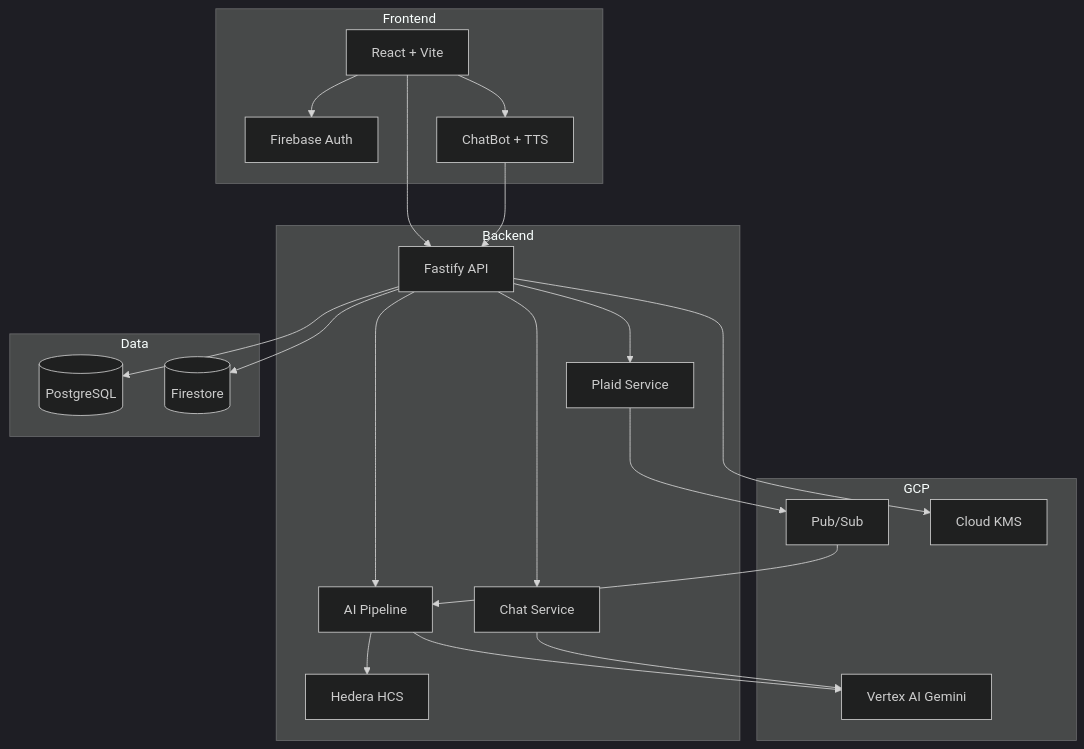
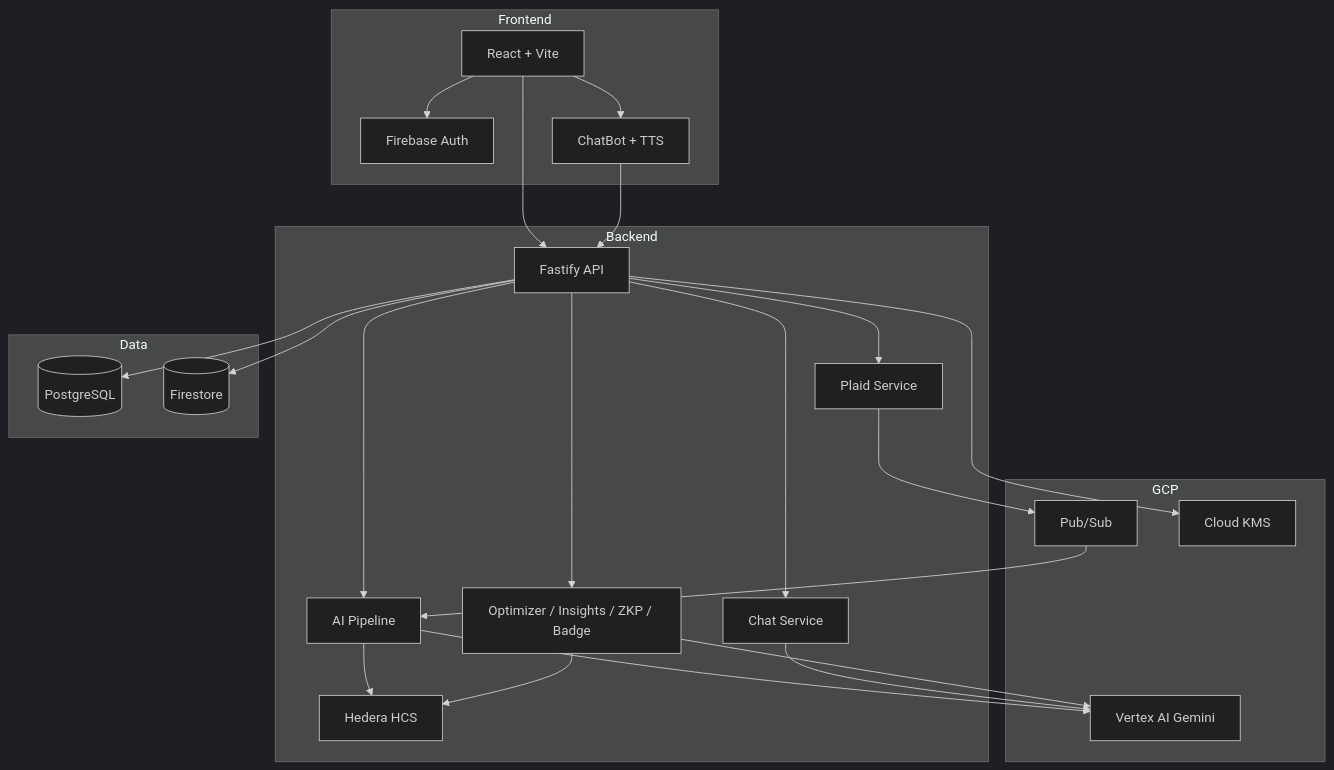
Before and after one commit to manny-serrano/vivid: the diagram in README.md, drawn with Mermaid (dark theme). The commit also changed other lines of this file, not shown here.

````diff
--- a/README.md
+++ b/README.md
@@ -74,43 +118,47 @@
 ```mermaid
 flowchart TB
   subgraph Frontend
     React[React + Vite]
     FirebaseAuth[Firebase Auth]
     ChatBot[ChatBot + TTS]
     React --> FirebaseAuth
     React --> ChatBot
   end
 
   subgraph Backend
     Fastify[Fastify API]
     PlaidAPI[Plaid Service]
     AIPipeline[AI Pipeline]
     ChatService[Chat Service]
+    Optimizer[Optimizer / Insights / ZKP / Badge]
     Hedera[Hedera HCS]
     Fastify --> PlaidAPI
     Fastify --> AIPipeline
     Fastify --> ChatService
+    Fastify --> Optimizer
     AIPipeline --> Hedera
+    Optimizer --> Hedera
   end
 
   subgraph Data
     PostgreSQL[(PostgreSQL)]
     Firestore[(Firestore)]
   end
 
   subgraph GCP
     PubSub[Pub/Sub]
     VertexAI[Vertex AI Gemini]
     KMS[Cloud KMS]
   end
 
   React --> Fastify
   ChatBot --> Fastify
   Fastify --> PostgreSQL
   Fastify --> Firestore
   PlaidAPI --> PubSub
   PubSub --> AIPipeline
   AIPipeline --> VertexAI
   ChatService --> VertexAI
+  Optimizer --> VertexAI
   Fastify --> KMS
 ```
````
